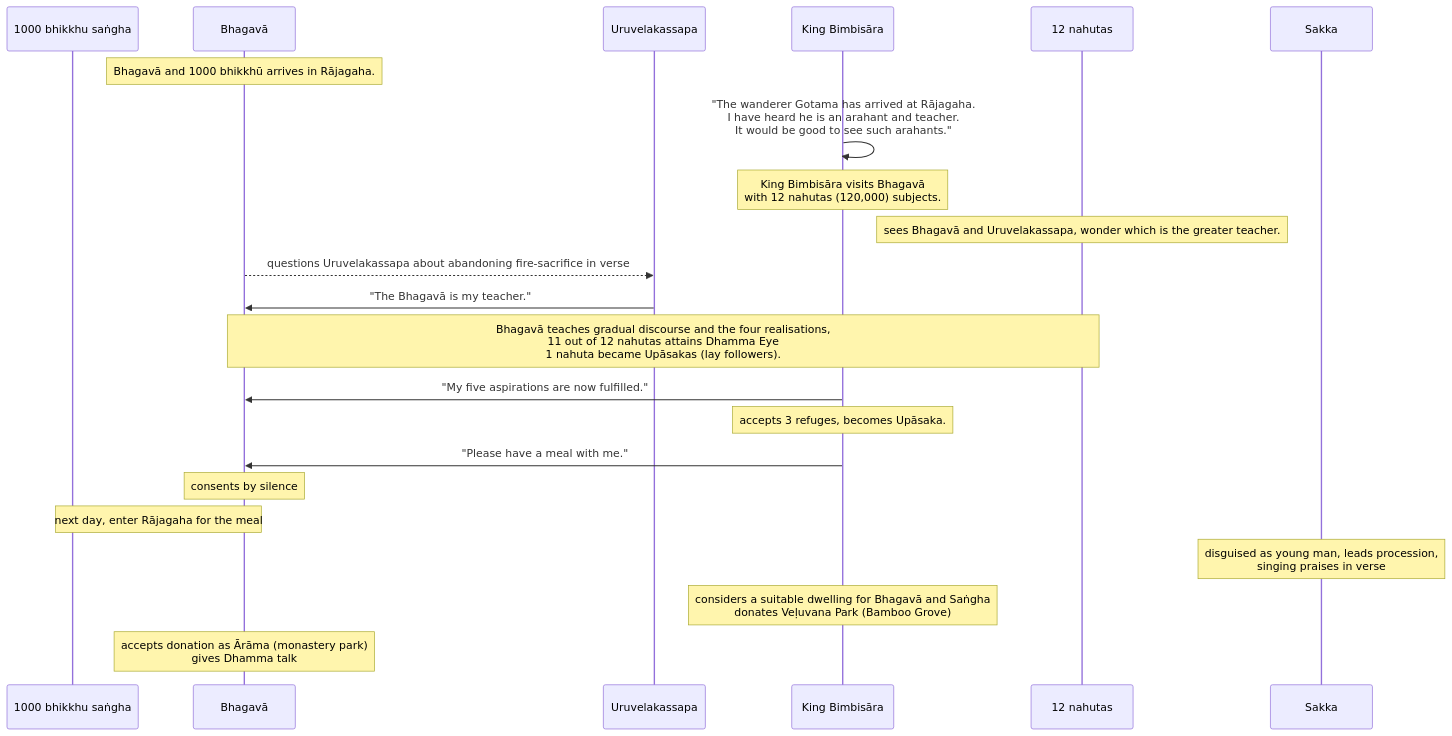
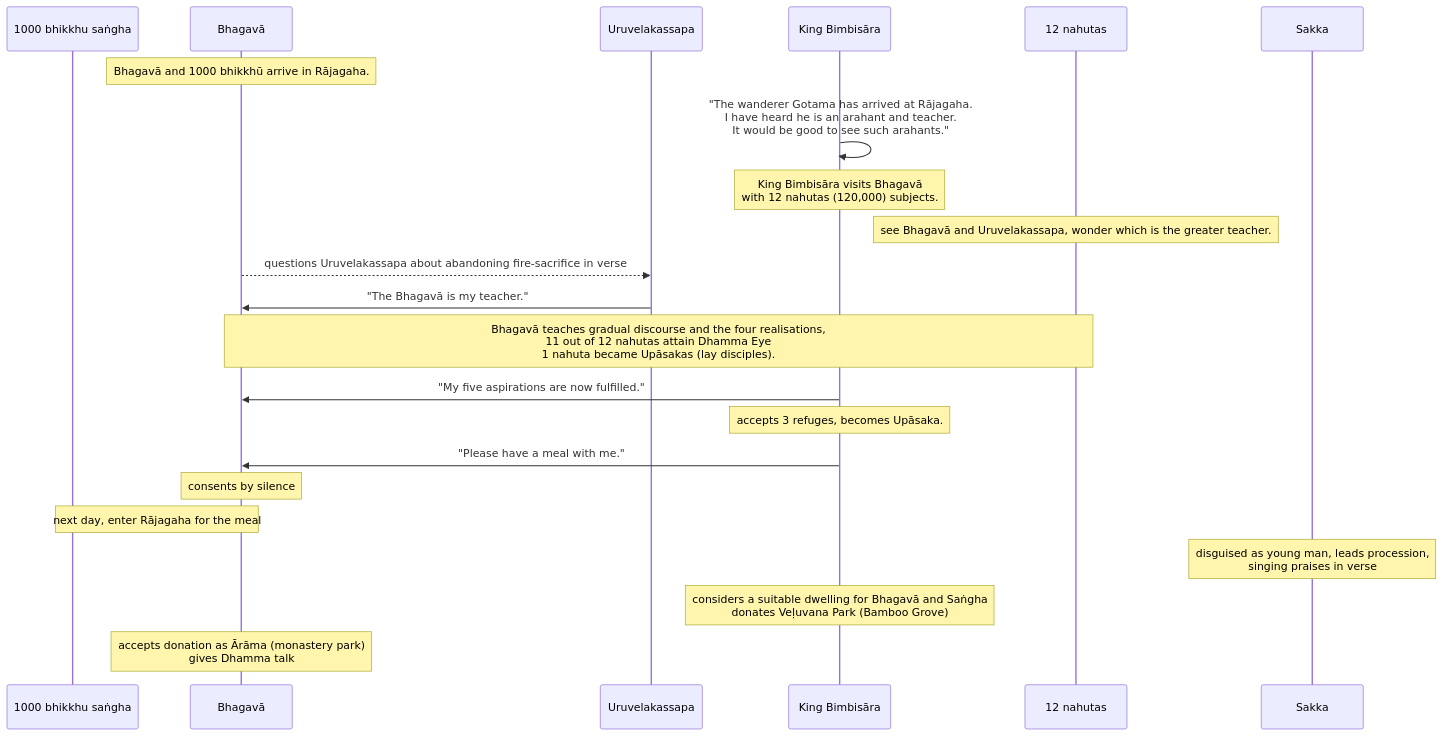
Before and after one commit to tidipa/tidipa.github.io: the diagram in src/content/docs/khandhaka/1-13.mdx, drawn with Mermaid. The commit also changed other lines of this file and 48 other files, not shown here.

````diff
--- a/src/content/docs/khandhaka/1-13.mdx
+++ b/src/content/docs/khandhaka/1-13.mdx
@@ -27,24 +27,24 @@
 ```mermaid
 sequenceDiagram
 	participant B1000 as 1000 bhikkhu saṅgha
 	participant B as Bhagavā
 	participant U as Uruvelakassapa
 	participant KB as King Bimbisāra
 	participant N12 as 12 nahutas
 	participant S as Sakka
-	note over B: Bhagavā and 1000 bhikkhū arrives in Rājagaha.
+	note over B: Bhagavā and 1000 bhikkhū arrive in Rājagaha.
 	KB->>KB: "The wanderer Gotama has arrived at Rājagaha.<br>I have heard he is an arahant and teacher.<br>It would be good to see such arahants."
 	note over KB: King Bimbisāra visits Bhagavā <br>with 12 nahutas (120,000) subjects.
-	note over N12: sees Bhagavā and Uruvelakassapa, wonder which is the greater teacher.
+	note over N12: see Bhagavā and Uruvelakassapa, wonder which is the greater teacher.
 	B-->>U: questions Uruvelakassapa about abandoning fire-sacrifice in verse
 	U->>B: "The Bhagavā is my teacher."
-	note over B, N12: Bhagavā teaches gradual discourse and the four realisations, <br> 11 out of 12 nahutas attains Dhamma Eye<br>1 nahuta became Upāsakas (lay followers).
+	note over B, N12: Bhagavā teaches gradual discourse and the four realisations, <br> 11 out of 12 nahutas attain Dhamma Eye<br>1 nahuta became Upāsakas (lay disciples).
 	KB->>B: "My five aspirations are now fulfilled."
 	note over KB: accepts 3 refuges, becomes Upāsaka.
 	KB->>B: "Please have a meal with me."
 	note over B: consents by silence
 	note over B,B1000: next day, enter Rājagaha for the meal
 	note over S: disguised as young man, leads procession,<br>singing praises in verse
 	note over KB: considers a suitable dwelling for Bhagavā and Saṅgha<br>donates Veḷuvana Park (Bamboo Grove)
 	note over B: accepts donation as Ārāma (monastery park)<br> gives Dhamma talk
 ```
````
